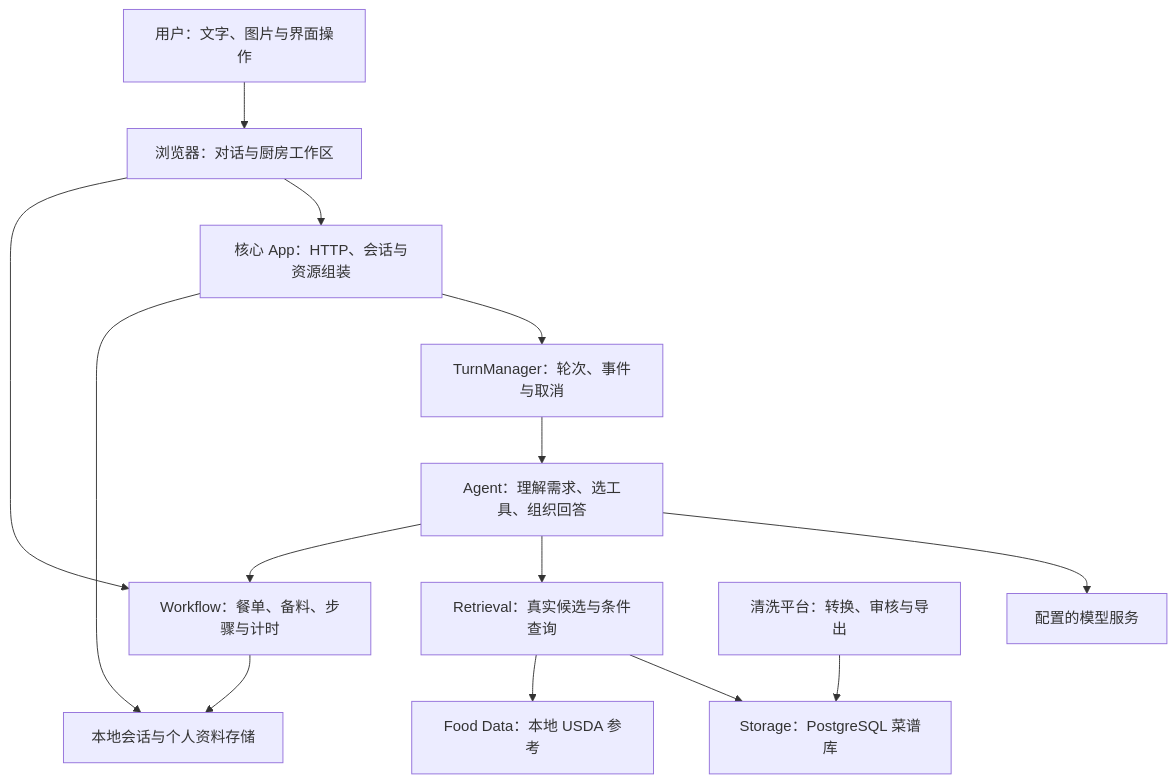
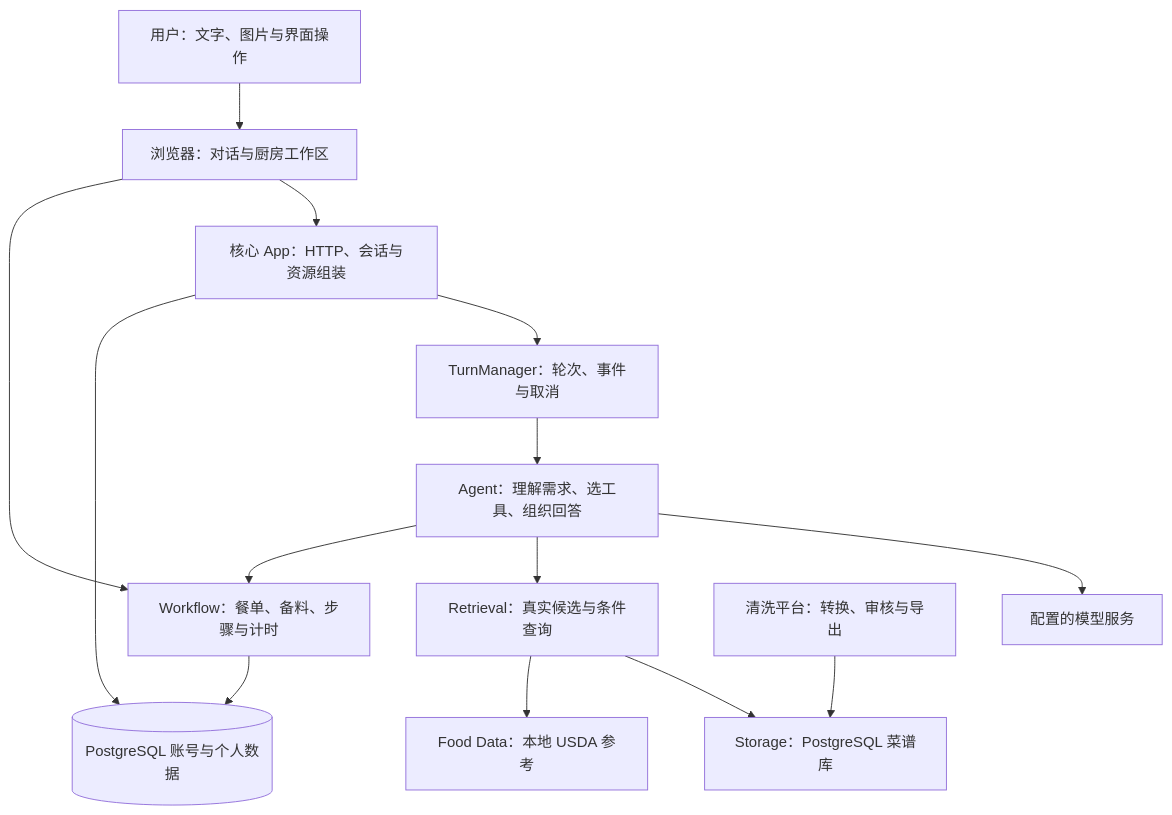
The diagram in docs/guide/overview.md (LangYiSheng/ChefMate-Next), drawn with Mermaid before and after one commit. The commit also changed other lines of this file and 9 other files, not shown here.

````diff
--- a/docs/guide/overview.md
+++ b/docs/guide/overview.md
@@ -93,16 +94,16 @@
 ```mermaid
 flowchart TD
     User[用户：文字、图片与界面操作] --> UI[浏览器：对话与厨房工作区]
     UI --> App[核心 App：HTTP、会话与资源组装]
     App --> Runtime[TurnManager：轮次、事件与取消]
     Runtime --> Agent[Agent：理解需求、选工具、组织回答]
     Agent --> Provider[配置的模型服务]
     Agent --> Retrieval[Retrieval：真实候选与条件查询]
     Agent --> Workflow[Workflow：餐单、备料、步骤与计时]
     UI --> Workflow
     Retrieval --> Store[Storage：PostgreSQL 菜谱库]
     Retrieval --> FoodData[Food Data：本地 USDA 参考]
-    Workflow --> Local[本地会话与个人资料存储]
+    Workflow --> Local[(PostgreSQL 账号与个人数据)]
     App --> Local
     Cleaning[清洗平台：转换、审核与导出] --> Store
 ```
````
